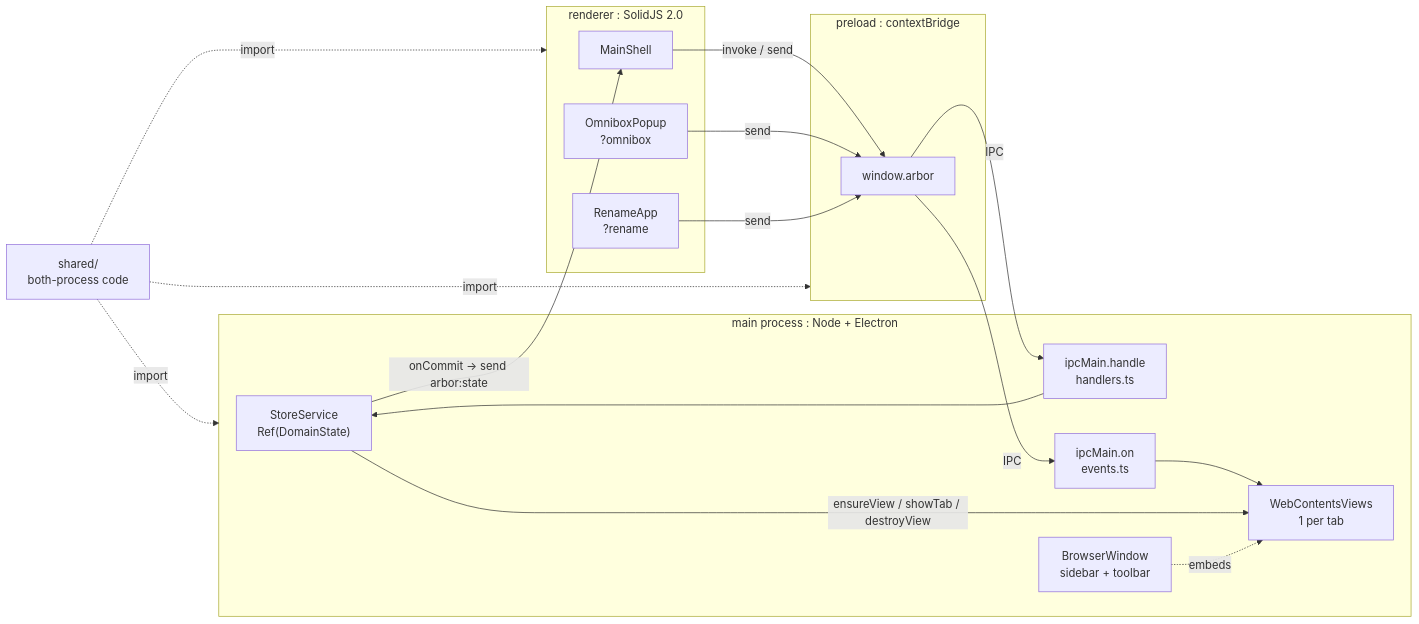
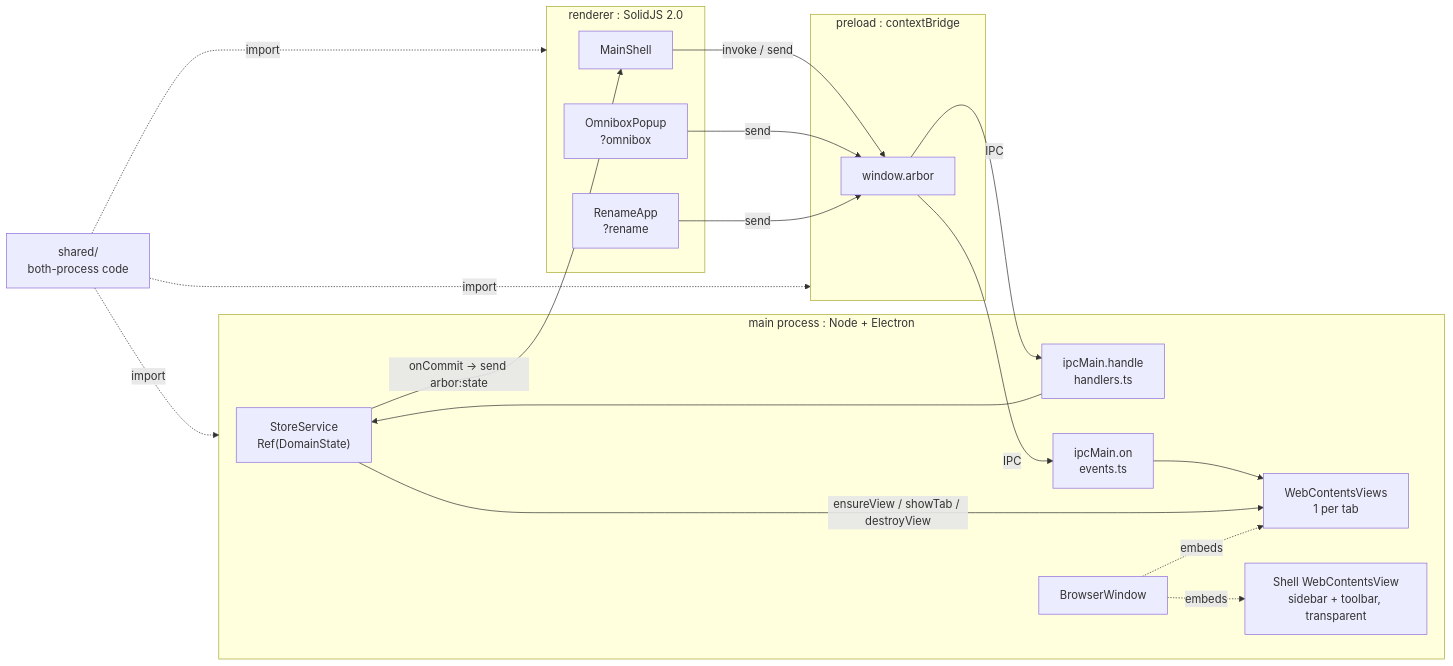
One commit to rom100main/arbor changed the diagram in docs/architecture/README.md. Above: the diagram before and after it, drawn with Mermaid. The commit also changed other lines of this file and 2 other files, not shown here.

Commit message:
docs(ui): add hidden, compact and displayed options on tab tree and URL bar

````diff
--- a/docs/architecture/README.md
+++ b/docs/architecture/README.md
@@ -17,33 +17,35 @@
 ```mermaid
 flowchart LR
     subgraph Main["main process : Node + Electron"]
         Store["StoreService<br/>Ref(DomainState)"]
         IPC_H["ipcMain.handle<br/>handlers.ts"]
         IPC_E["ipcMain.on<br/>events.ts"]
         Views["WebContentsViews<br/>1 per tab"]
-        Win["BrowserWindow<br/>sidebar + toolbar"]
+        ShellV["Shell WebContentsView<br/>sidebar + toolbar, transparent"]
+        Win["BrowserWindow"]
     end
     subgraph Pre["preload : contextBridge"]
         API["window.arbor"]
     end
     subgraph Ren["renderer : SolidJS 2.0"]
         Shell["MainShell"]
         Omni["OmniboxPopup<br/>?omnibox"]
         Rename["RenameApp<br/>?rename"]
     end
     Shared["shared/<br/>both-process code"]
 
     Shell -->|"invoke / send"| API
     Omni -->|"send"| API
     Rename -->|"send"| API
     API -->|"IPC"| IPC_H
     API -->|"IPC"| IPC_E
     IPC_H --> Store
     IPC_E --> Views
     Store -->|"onCommit -> send arbor:state"| Shell
     Store -->|"ensureView / showTab / destroyView"| Views
     Win -.->|"embeds"| Views
+    Win -.->|"embeds"| ShellV
     Shared -.->|"import"| Main
     Shared -.->|"import"| Pre
     Shared -.->|"import"| Ren
 ```
````
